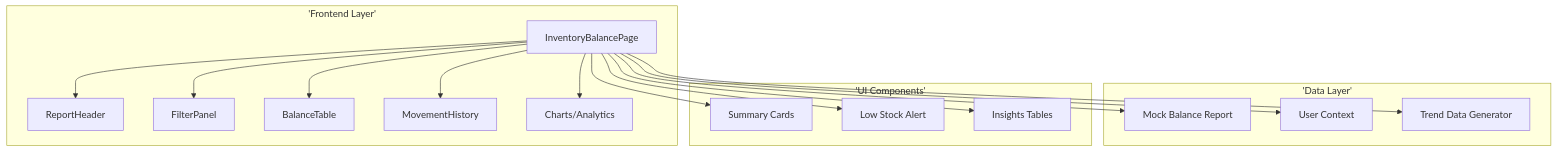
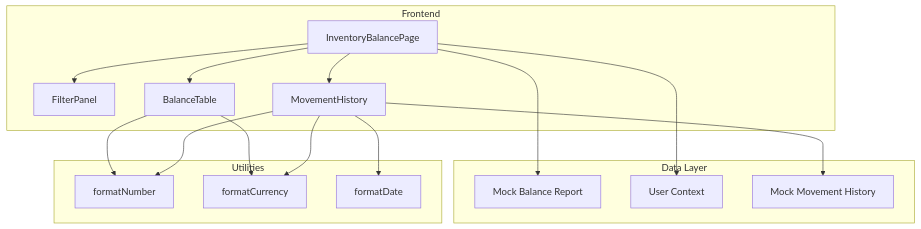
The first of 3 diagrams in docs/app/inventory-management/stock-overview/inventory-balance/TS-inventory-balance.md (PeakMNA/carmen), drawn with Mermaid before and after one commit. The commit also changed other lines of this file and 473 other files, not shown here.

````diff
--- a/docs/app/inventory-management/stock-overview/inventory-balance/TS-inventory-balance.md
+++ b/docs/app/inventory-management/stock-overview/inventory-balance/TS-inventory-balance.md
@@ -15,29 +22,29 @@
 ```mermaid
 graph TB
-    subgraph 'Frontend Layer'
-        A[InventoryBalancePage] --> B[ReportHeader]
-        A --> C[FilterPanel]
-        A --> D[BalanceTable]
-        A --> E[MovementHistory]
-        A --> F[Charts/Analytics]
+    subgraph Frontend
+        A[InventoryBalancePage] --> B[FilterPanel]
+        A --> C[BalanceTable]
+        A --> D[MovementHistory]
     end
 
-    subgraph 'Data Layer'
-        G[Mock Balance Report]
-        H[User Context]
-        I[Trend Data Generator]
+    subgraph Data Layer
+        E[Mock Balance Report]
+        F[User Context]
+        G[Mock Movement History]
     end
 
-    subgraph 'UI Components'
-        J[Summary Cards]
-        K[Low Stock Alert]
-        L[Insights Tables]
+    subgraph Utilities
+        H[formatNumber]
+        I[formatCurrency]
+        J[formatDate]
     end
 
-    A --> G
-    A --> H
-    A --> I
-    A --> J
-    A --> K
-    A --> L
+    A --> E
+    A --> F
+    D --> G
+    C --> H
+    C --> I
+    D --> H
+    D --> I
+    D --> J
 ```
````
